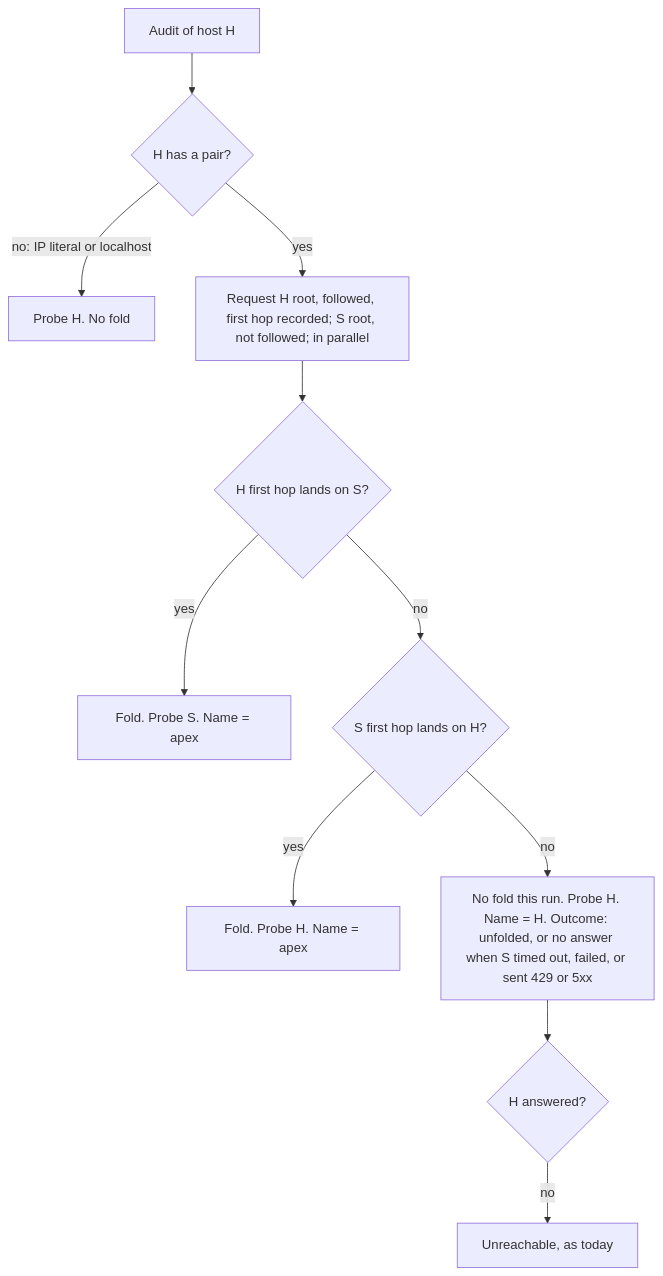
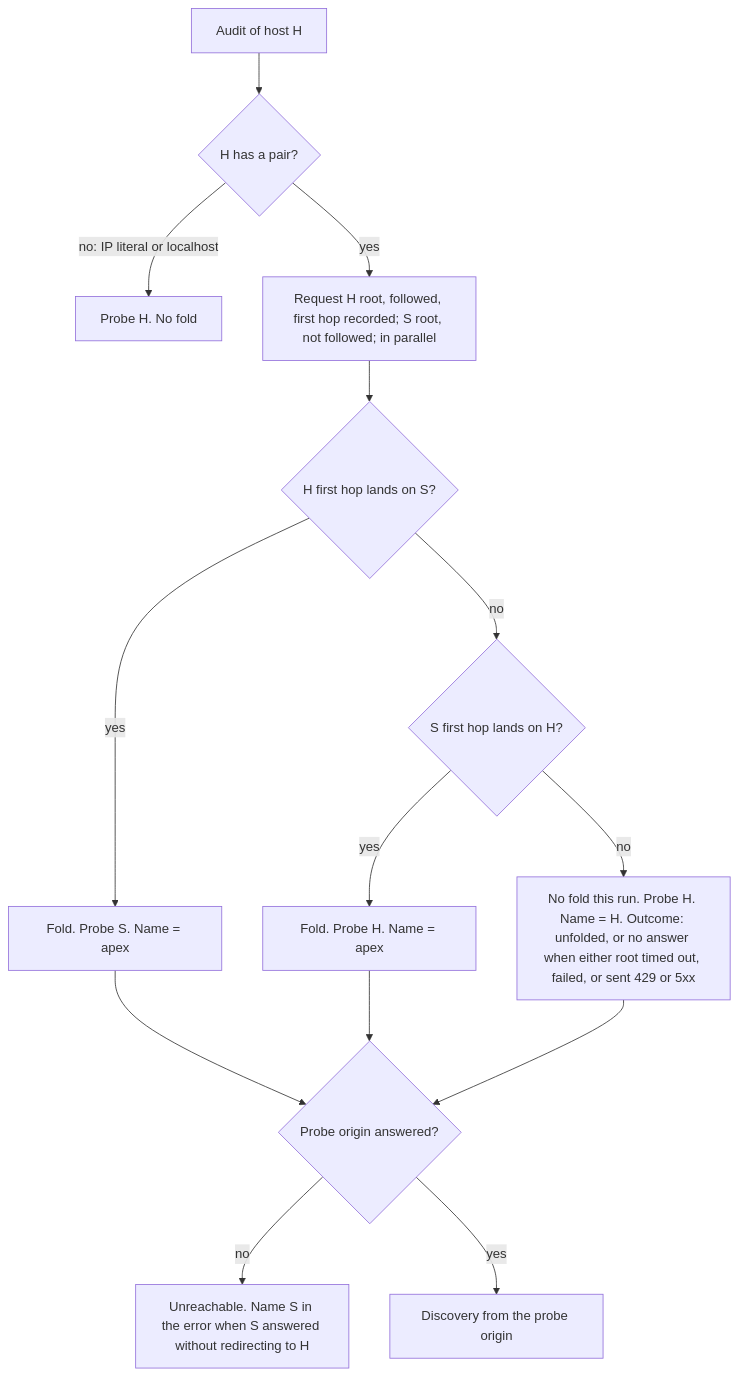
The first of 2 diagrams in docs/plans/2026-11-10-1608-feat-www-apex-site-fold-plan.md (brettdavies/agentnative-site), drawn with Mermaid before and after one commit. The commit also changed other lines of this file, not shown here.

First line of the commit message:
docs(plans): fold the doc review and owner answers into the fold plan

````diff
--- a/docs/plans/2026-11-10-1608-feat-www-apex-site-fold-plan.md
+++ b/docs/plans/2026-11-10-1608-feat-www-apex-site-fold-plan.md
@@ -146,13 +145,16 @@
 ```mermaid
 flowchart TB
   A[Audit of host H] --> P{H has a pair?}
   P -->|no: IP literal or localhost| N[Probe H. No fold]
   P -->|yes| R[Request H root, followed, first hop recorded; S root, not followed; in parallel]
   R --> X{H first hop lands on S?}
   X -->|yes| F1[Fold. Probe S. Name = apex]
   X -->|no| Y{S first hop lands on H?}
   Y -->|yes| F2[Fold. Probe H. Name = apex]
-  Y -->|no| U[No fold this run. Probe H. Name = H. Outcome: unfolded, or no answer when S timed out, failed, or sent 429 or 5xx]
-  U --> Z{H answered?}
-  Z -->|no| UR[Unreachable, as today]
+  Y -->|no| U[No fold this run. Probe H. Name = H. Outcome: unfolded, or no answer when either root timed out, failed, or sent 429 or 5xx]
+  F1 --> Z{Probe origin answered?}
+  F2 --> Z
+  U --> Z
+  Z -->|no| UR[Unreachable. Name S in the error when S answered without redirecting to H]
+  Z -->|yes| D[Discovery from the probe origin]
 ```
````
